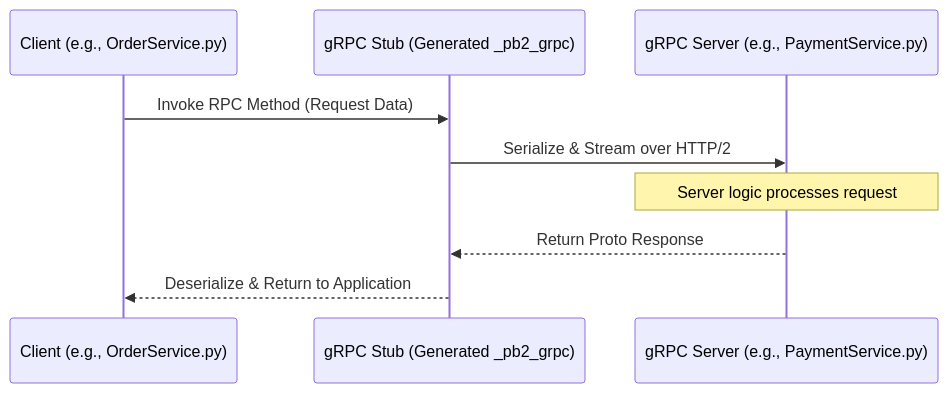
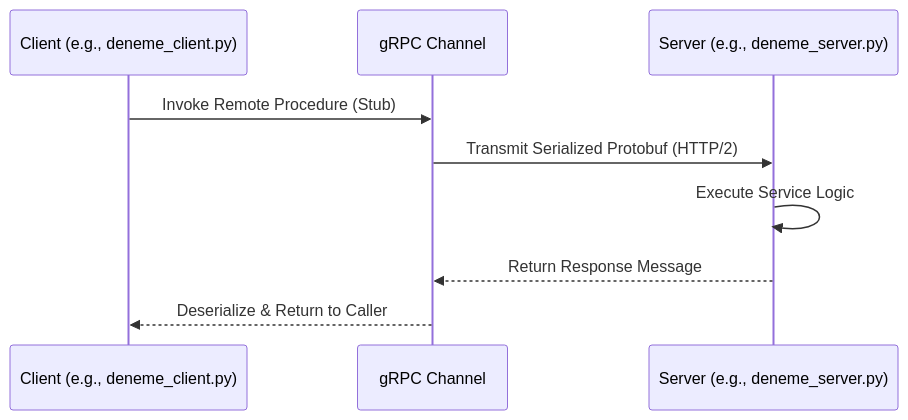
One commit to YusuffBulbul/GRPC_calisma changed the second of 2 diagrams in README_ARCH.md. Above: the diagram before and after it, drawn with Mermaid. The commit also changed other lines of this file, not shown here.

````diff
--- a/README_ARCH.md
+++ b/README_ARCH.md
@@ -58,13 +53,13 @@
 ```mermaid
 sequenceDiagram
-    participant C as Client (e.g., OrderService.py)
-    participant S as gRPC Stub (Generated _pb2_grpc)
-    participant G as gRPC Server (e.g., PaymentService.py)
+    participant C as Client (e.g., deneme_client.py)
+    participant G as gRPC Channel
+    participant S as Server (e.g., deneme_server.py)
 
-    C->>S: Invoke RPC Method (Request Data)
-    S->>G: Serialize & Stream over HTTP/2
-    Note over G: Server logic processes request
-    G-->>S: Return Proto Response
-    S-->>C: Deserialize & Return to Application
+    C->>G: Invoke Remote Procedure (Stub)
+    G->>S: Transmit Serialized Protobuf (HTTP/2)
+    S->>S: Execute Service Logic
+    S-->>G: Return Response Message
+    G-->>C: Deserialize & Return to Caller
 
 ```
````
